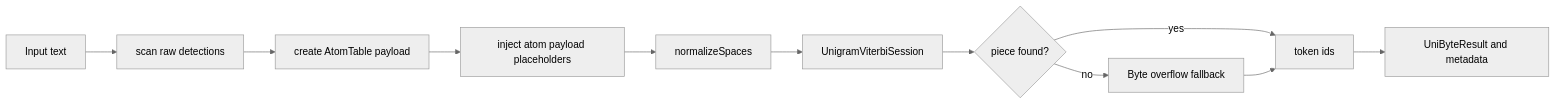
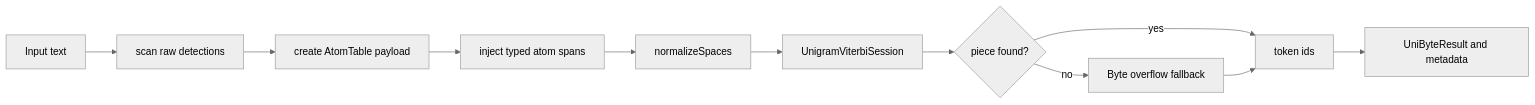
Before and after one commit to Reaper3825/G.R.I.M: the second of 3 diagrams in resources/models/GRIM-text/Shared/UnigramByte/UnigramByte.codoc.md, drawn with Mermaid (neutral theme). The commit also changed other lines of this file and 20 other files, not shown here.

Commit message:
Refactor atom token handling: Replace placeholder IDs with typed boundary tokens in AtomTable and related components

````diff
--- a/resources/models/GRIM-text/Shared/UnigramByte/UnigramByte.codoc.md
+++ b/resources/models/GRIM-text/Shared/UnigramByte/UnigramByte.codoc.md
@@ -138,13 +138,13 @@
 ```mermaid
 flowchart LR
    IN[Input text] --> DET[scan raw detections]
    DET --> REG[create AtomTable payload]
-   REG --> INJ[inject atom payload placeholders]
+   REG --> INJ[inject typed atom spans]
     INJ --> NORM[normalizeSpaces]
    NORM --> SEG[UnigramViterbiSession]
     SEG --> FB{piece found?}
     FB -->|yes| TOK[token ids]
    FB -->|no| BY[Byte overflow fallback]
     BY --> TOK
     TOK --> OUT[UniByteResult and metadata]
 ```
````
